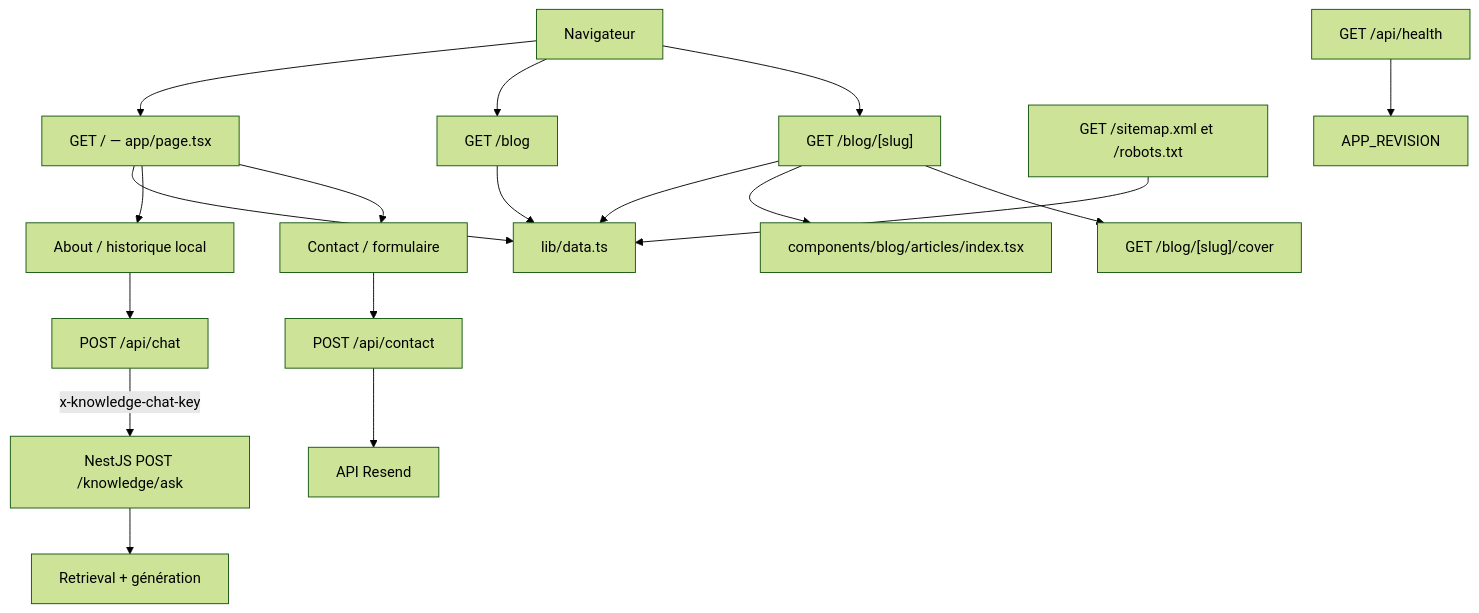
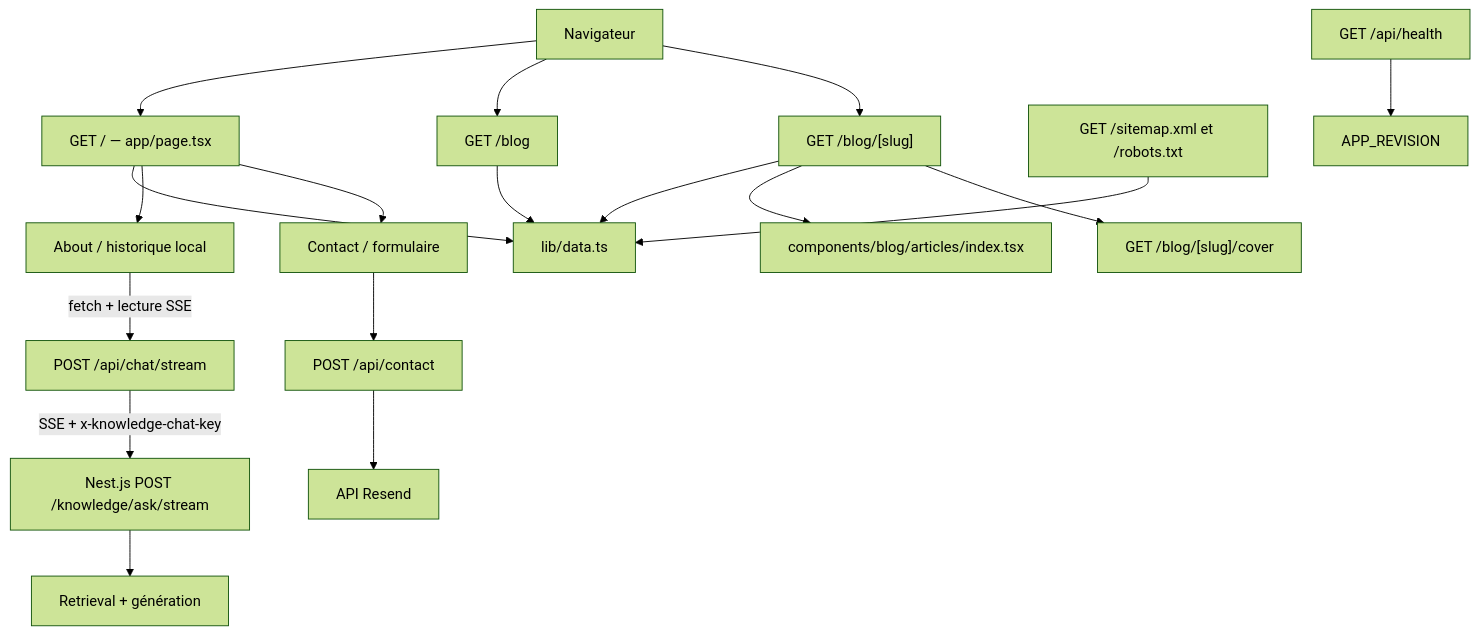
Before and after one commit to alexcommeau/my-portfolio: the diagram in CONTEXT.md, drawn with Mermaid (forest theme). The commit also changed other lines of this file and 8 other files, not shown here.

Commit message:
Stream portfolio chat responses

````diff
--- a/CONTEXT.md
+++ b/CONTEXT.md
@@ -156,37 +157,37 @@
 ```mermaid
 flowchart TD
     Browser[Navigateur]
     Home["GET / — app/page.tsx"]
     BlogIndex["GET /blog"]
     Article["GET /blog/[slug]"]
     Cover["GET /blog/[slug]/cover"]
     Seo["GET /sitemap.xml et /robots.txt"]
     ChatUI["About / historique local"]
-    ChatAPI["POST /api/chat"]
-    NestChat["NestJS POST /knowledge/ask"]
+    ChatAPI["POST /api/chat/stream"]
+    NestChat["Nest.js POST /knowledge/ask/stream"]
     Rag["Retrieval + génération"]
     ContactUI["Contact / formulaire"]
     ContactAPI["POST /api/contact"]
     Resend["API Resend"]
     Health["GET /api/health"]
     Data["lib/data.ts"]
     Registry["components/blog/articles/index.tsx"]
 
     Browser --> Home
     Browser --> BlogIndex
     Browser --> Article
     Home --> Data
     BlogIndex --> Data
     Article --> Data
     Article --> Registry
     Article --> Cover
     Seo --> Data
     Home --> ChatUI
-    ChatUI --> ChatAPI
-    ChatAPI -->|"x-knowledge-chat-key"| NestChat
+    ChatUI -->|"fetch + lecture SSE"| ChatAPI
+    ChatAPI -->|"SSE + x-knowledge-chat-key"| NestChat
     NestChat --> Rag
     Home --> ContactUI
     ContactUI --> ContactAPI
     ContactAPI --> Resend
     Health --> Revision["APP_REVISION"]
 ```
````
